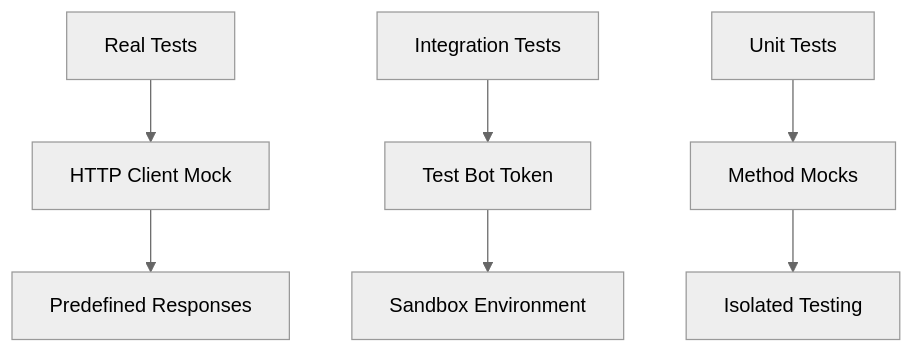
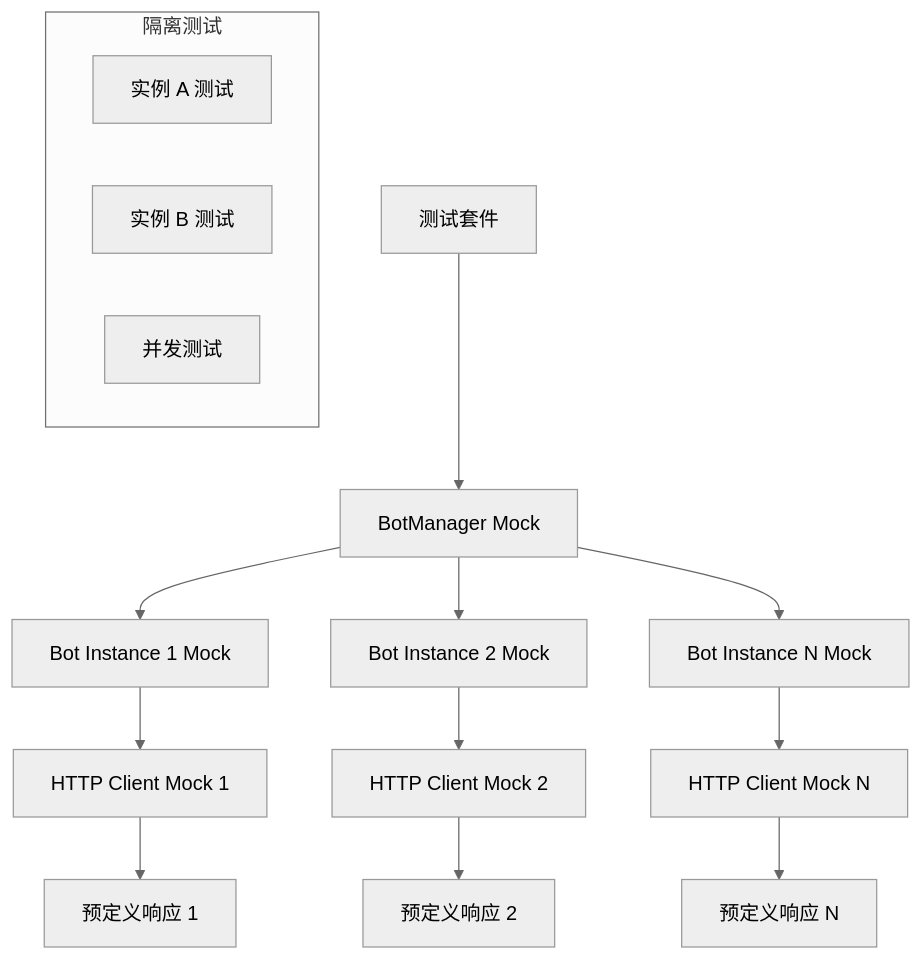
Before and after one commit to xbot-my/telegram-sdk: diagram 15 of 15 in .qoder/quests/telegram-bot-sdk.md, drawn with Mermaid (neutral theme). The commit also changed other lines of this file and 1 other file, not shown here.

````diff
--- a/.qoder/quests/telegram-bot-sdk.md
+++ b/.qoder/quests/telegram-bot-sdk.md
@@ -407,11 +637,21 @@
 ```mermaid
 graph TB
-    A[Real Tests] --> B[HTTP Client Mock]
-    B --> C[Predefined Responses]
+    A[测试套件] --> B[BotManager Mock]
+    B --> C[Bot Instance 1 Mock]
+    B --> D[Bot Instance 2 Mock]
+    B --> E[Bot Instance N Mock]
     
-    D[Integration Tests] --> E[Test Bot Token]
-    E --> F[Sandbox Environment]
+    C --> F[HTTP Client Mock 1]
+    D --> G[HTTP Client Mock 2]
+    E --> H[HTTP Client Mock N]
     
-    G[Unit Tests] --> H[Method Mocks]
-    H --> I[Isolated Testing]
+    F --> I[预定义响应 1]
+    G --> J[预定义响应 2]
+    H --> K[预定义响应 N]
+    
+    subgraph "隔离测试"
+        L[实例 A 测试]
+        M[实例 B 测试]
+        N[并发测试]
+    end
 ```
````
